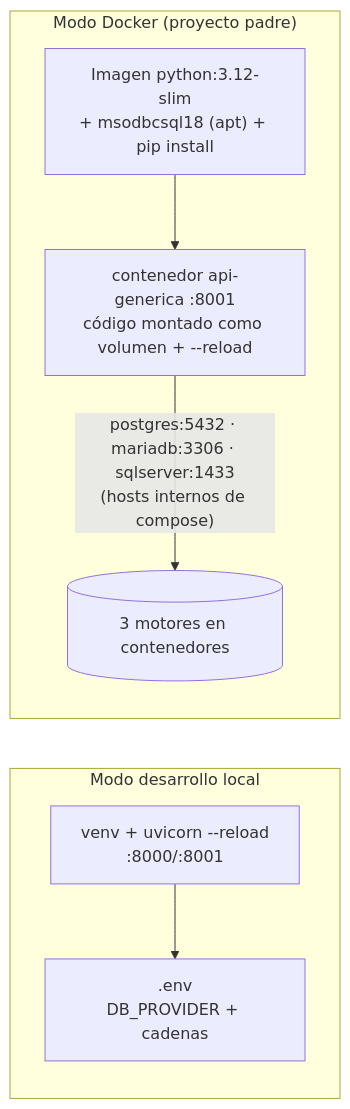
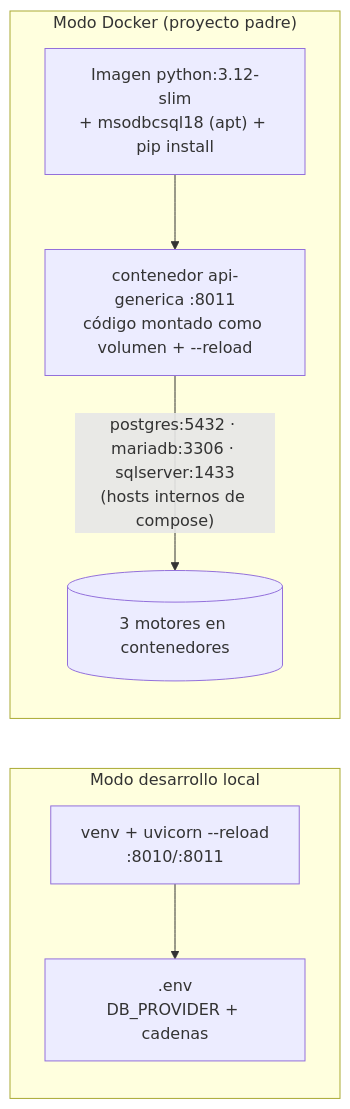
One commit to ccastro2050/proyecto_construccion1 changed the sixth of 6 diagrams in api_generica/README.md. Above: the diagram before and after it, drawn with Mermaid. The commit also changed other lines of this file and 60 other files, not shown here.

````diff
--- a/api_generica/README.md
+++ b/api_generica/README.md
@@ -609,13 +609,13 @@
 ```mermaid
 flowchart LR
     subgraph DEV["Modo desarrollo local"]
-        VENV["venv + uvicorn --reload<br/>:8000/:8001"] --> ENVF[".env<br/>DB_PROVIDER + cadenas"]
+        VENV["venv + uvicorn --reload<br/>:8010/:8011"] --> ENVF[".env<br/>DB_PROVIDER + cadenas"]
     end
 
     subgraph DOCKER["Modo Docker (proyecto padre)"]
         IMG["Imagen python:3.12-slim<br/>+ msodbcsql18 (apt) + pip install"]
-        CONT["contenedor api-generica :8001<br/>código montado como volumen + --reload"]
+        CONT["contenedor api-generica :8011<br/>código montado como volumen + --reload"]
         IMG --> CONT
         CONT -->|"postgres:5432 · mariadb:3306 · sqlserver:1433<br/>(hosts internos de compose)"| BDS[("3 motores en contenedores")]
     end
 ```
````
